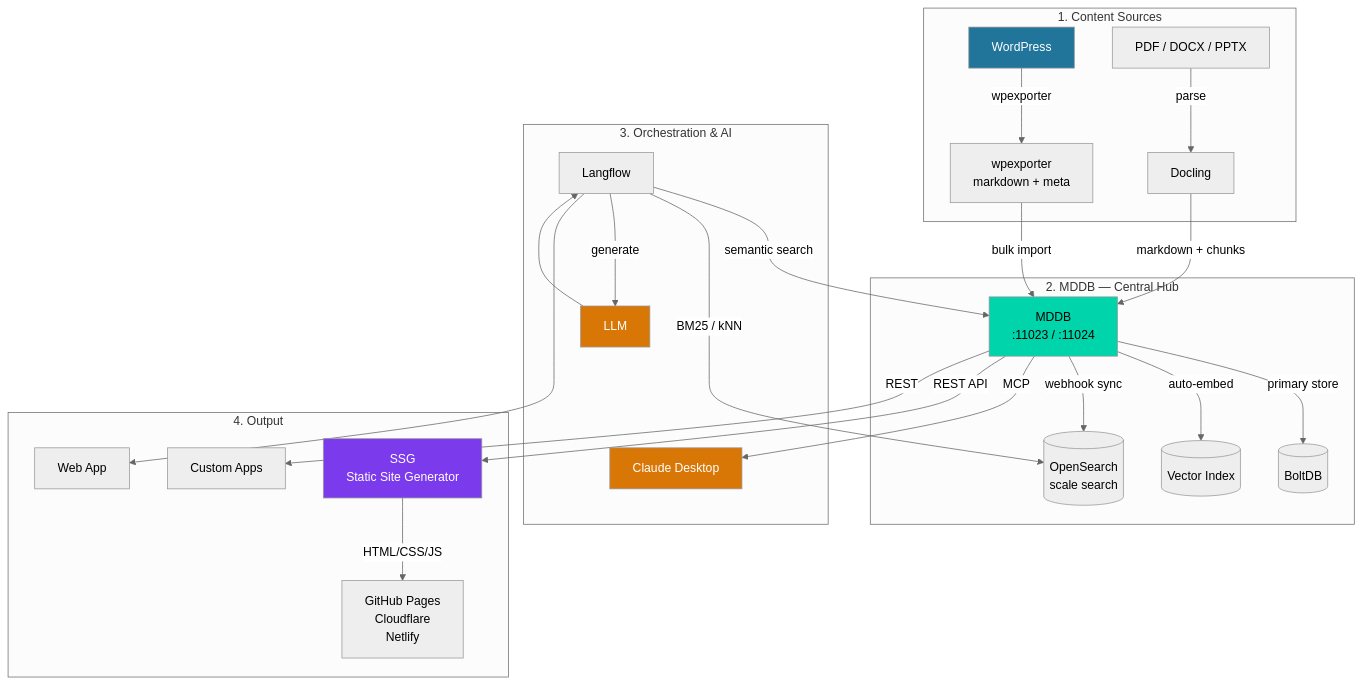
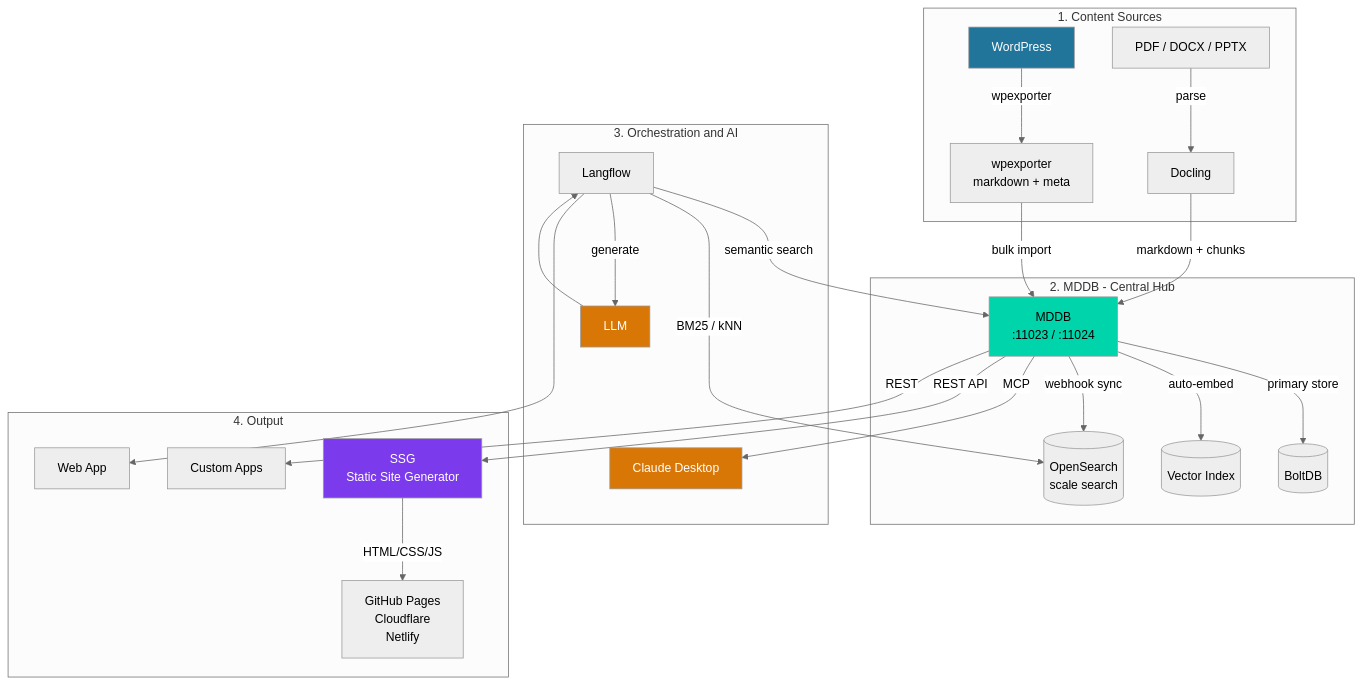
One commit to Rajendertyagi/Mddb changed the eighth of 8 diagrams in docs/INTEGRATIONS.md. Above: the diagram before and after it, drawn with Mermaid (neutral theme). The commit also changed other lines of this file and 1 other file, not shown here.

First line of the commit message:
fix(docs): mermaid v11 syntax — quote subgraph ids explicitly

````diff
--- a/docs/INTEGRATIONS.md
+++ b/docs/INTEGRATIONS.md
@@ -1309,36 +1375,36 @@
 ```mermaid
 graph TB
-    subgraph "1. Content Sources"
+    subgraph p1["1. Content Sources"]
         WP[WordPress] -->|wpexporter| WPEXP[wpexporter<br>markdown + meta]
         FILES[PDF / DOCX / PPTX] -->|parse| DOCLING[Docling]
     end
 
-    subgraph "2. MDDB — Central Hub"
+    subgraph p2["2. MDDB - Central Hub"]
         WPEXP -->|bulk import| MDDB[MDDB<br>:11023 / :11024]
         DOCLING -->|markdown + chunks| MDDB
         MDDB -->|primary store| BOLT[(BoltDB)]
         MDDB -->|auto-embed| VEC[(Vector Index)]
         MDDB -->|webhook sync| OS[(OpenSearch<br>scale search)]
     end
 
-    subgraph "3. Orchestration & AI"
+    subgraph p3["3. Orchestration and AI"]
         LF[Langflow] -->|semantic search| MDDB
         LF -->|BM25 / kNN| OS
         LF -->|generate| LLM[LLM]
         LLM --> LF
         MDDB -->|MCP| CLAUDE[Claude Desktop]
     end
 
-    subgraph "4. Output"
+    subgraph p4["4. Output"]
         MDDB -->|REST API| SSG[SSG<br>Static Site Generator]
         SSG -->|HTML/CSS/JS| DEPLOY[GitHub Pages<br>Cloudflare<br>Netlify]
         LF --> WEBAPP[Web App]
         MDDB -->|REST| API[Custom Apps]
     end
 
     style WP fill:#21759b,color:#fff
     style MDDB fill:#00d4aa,color:#000
     style LLM fill:#d97706,color:#fff
     style SSG fill:#7c3aed,color:#fff
     style CLAUDE fill:#d97706,color:#fff
 ```
````
